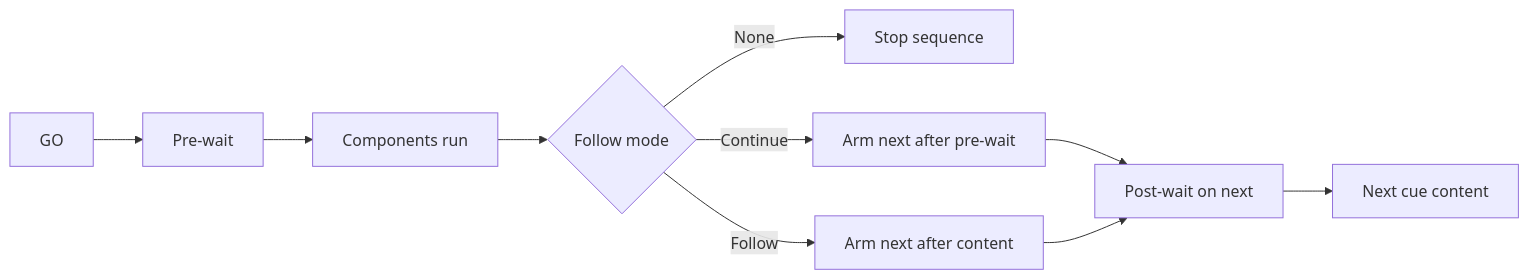
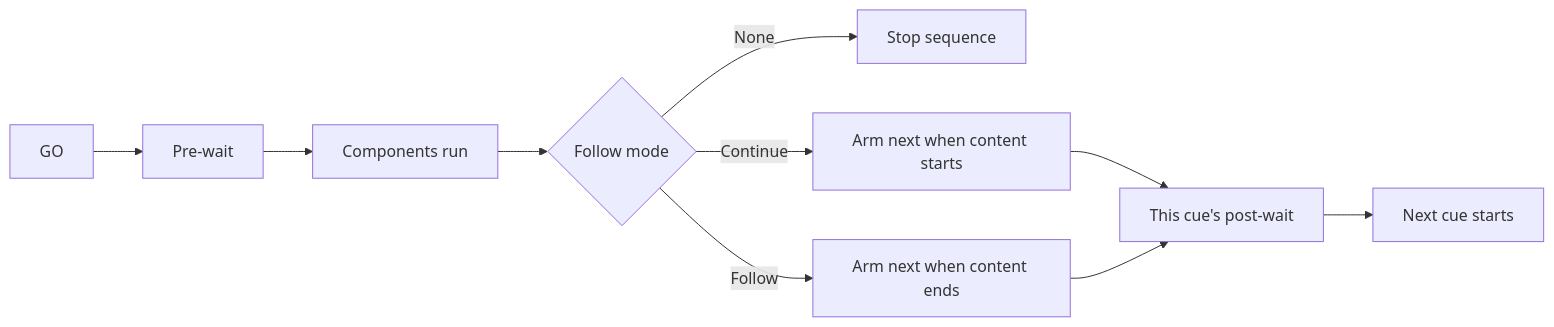
The diagram in docs/getting-started/concepts.md (Tech-mop/Docs.Cue2.Live), drawn with Mermaid before and after one commit. The commit also changed other lines of this file and 5 other files, not shown here.

````diff
--- a/docs/getting-started/concepts.md
+++ b/docs/getting-started/concepts.md
@@ -78,12 +79,12 @@
 ```mermaid
 flowchart LR
   GO[GO] --> Pre[Pre-wait]
   Pre --> Content[Components run]
-  Content --> Post{Follow mode}
-  Post -->|None| Done[Stop sequence]
-  Post -->|Continue| ArmC[Arm next after pre-wait]
-  Post -->|Follow| ArmF[Arm next after content]
-  ArmC --> PostWait[Post-wait on next]
+  Content --> Mode{Follow mode}
+  Mode -->|None| Done[Stop sequence]
+  Mode -->|Continue| ArmC[Arm next when content starts]
+  Mode -->|Follow| ArmF[Arm next when content ends]
+  ArmC --> PostWait[This cue's post-wait]
   ArmF --> PostWait
-  PostWait --> Next[Next cue content]
+  PostWait --> Next[Next cue starts]
 ```
````
